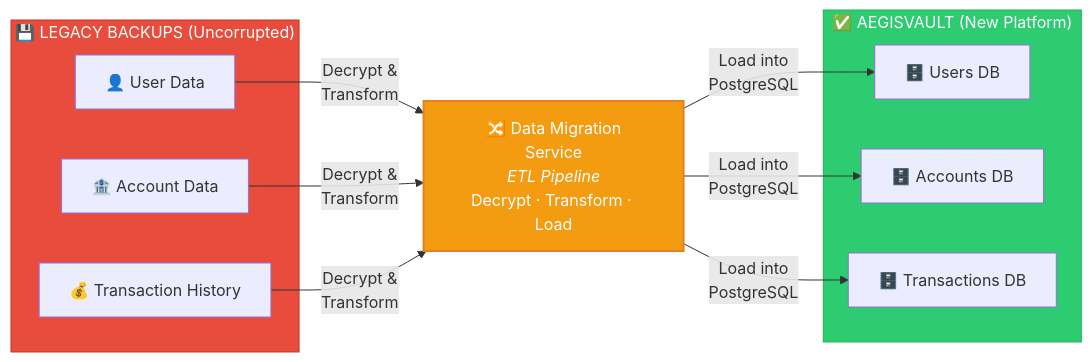
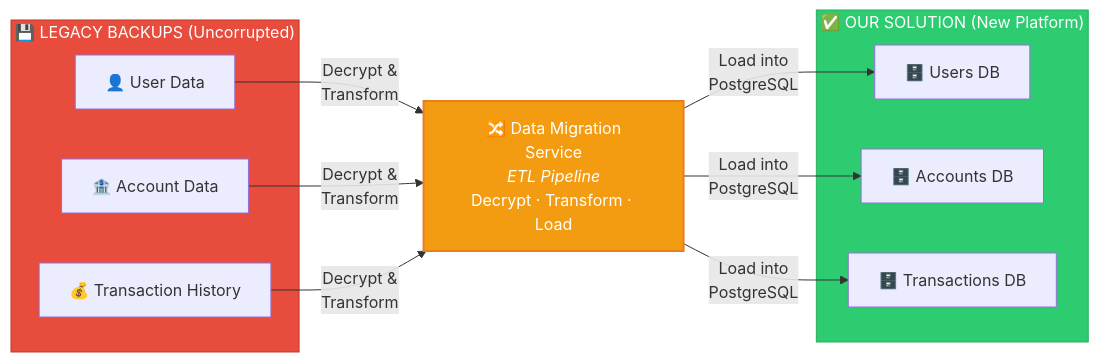
One commit to sandaruns2004/Duthon_6.0_BigBug changed the ninth of 9 diagrams in Docs/system_architecture.md. Above: the diagram before and after it, drawn with Mermaid. The commit also changed other lines of this file and 7 other files, not shown here.

Commit message:
update architecture

````diff
--- a/Docs/system_architecture.md
+++ b/Docs/system_architecture.md
@@ -473,28 +473,28 @@
 ```mermaid
 graph LR
     subgraph LEGACY["💾 LEGACY BACKUPS (Uncorrupted)"]
         LAUTH["👤 User Data"]
         LACC["🏦 Account Data"]
         LTXN["💰 Transaction History"]
     end
     
     MIGRATE2["🔀 Data Migration<br/>Service<br/><i>ETL Pipeline</i><br/>Decrypt · Transform · Load"] 
     
-    subgraph NEW2["✅ AEGISVAULT (New Platform)"]
+    subgraph NEW2["✅ OUR SOLUTION (New Platform)"]
         NUSER["🗄️ Users DB"]
         NACC["🗄️ Accounts DB"]
         NTXN["🗄️ Transactions DB"]
     end
     
     LAUTH -->|"Decrypt &<br/>Transform"| MIGRATE2
     LACC -->|"Decrypt &<br/>Transform"| MIGRATE2
     LTXN -->|"Decrypt &<br/>Transform"| MIGRATE2
     
     MIGRATE2 -->|"Load into<br/>PostgreSQL"| NUSER
     MIGRATE2 -->|"Load into<br/>PostgreSQL"| NACC
     MIGRATE2 -->|"Load into<br/>PostgreSQL"| NTXN
     
     style LEGACY fill:#e74c3c,stroke:#c0392b,color:#fff
     style MIGRATE2 fill:#f39c12,stroke:#e67e22,color:#fff,stroke-width:2px
     style NEW2 fill:#2ecc71,stroke:#27ae60,color:#fff
 ```
````
